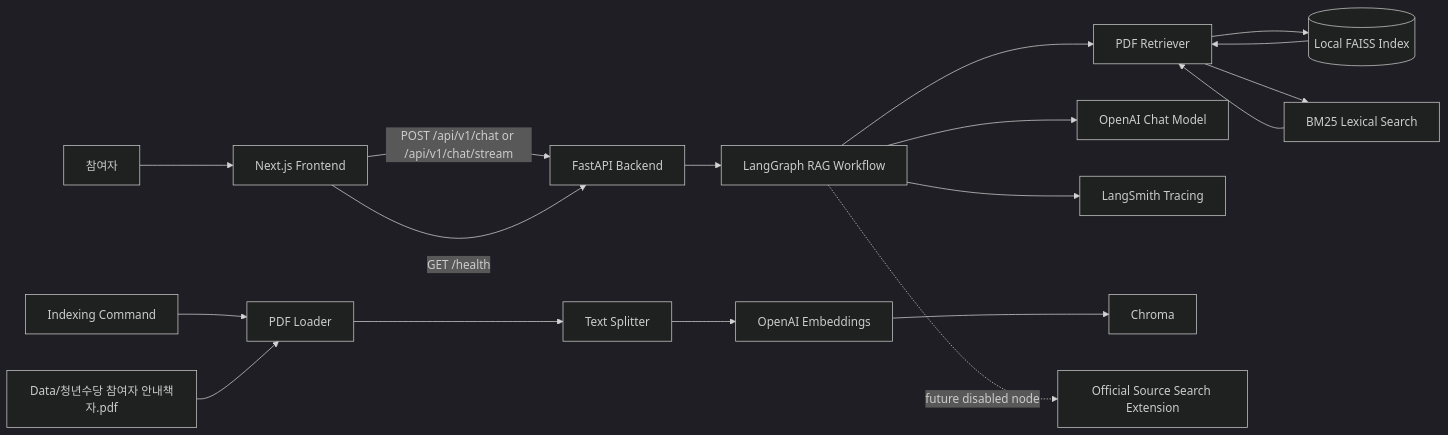
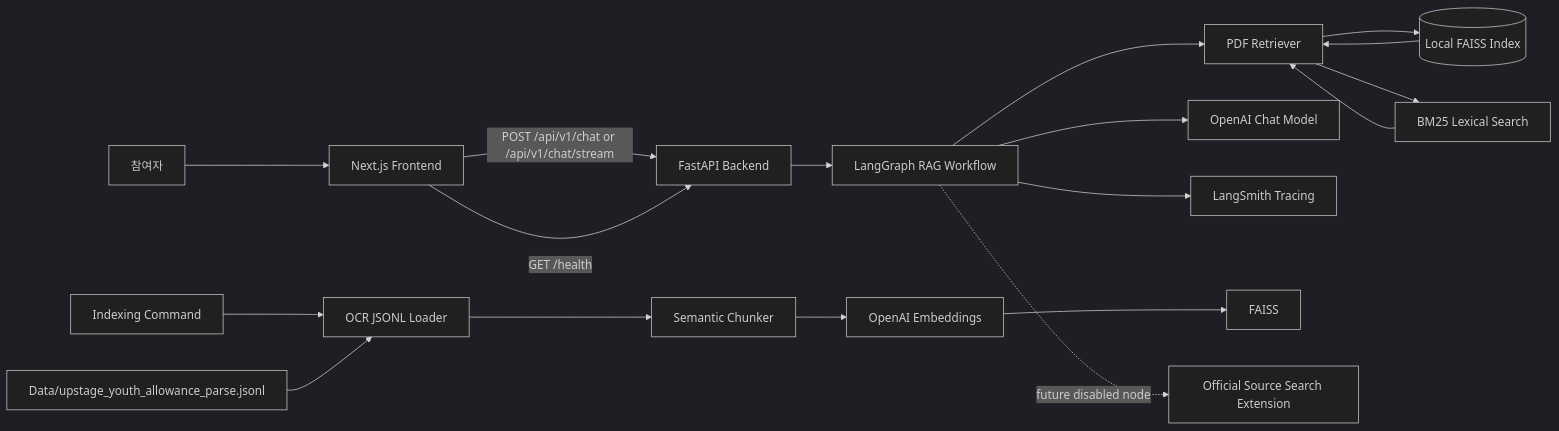
One commit to DataChuLee/Youth-Allowance changed the first of 4 diagrams in docs/architecture.md. Above: the diagram before and after it, drawn with Mermaid (dark theme). The commit also changed other lines of this file, not shown here.

Commit message:
docs(architecture): replace Chroma with FAISS indexing flow

````diff
--- a/docs/architecture.md
+++ b/docs/architecture.md
@@ -19,23 +19,23 @@
 ```mermaid
 flowchart LR
     User[참여자] --> Frontend[Next.js Frontend]
     Frontend -->|POST /api/v1/chat or /api/v1/chat/stream| Backend[FastAPI Backend]
     Frontend -->|GET /health| Backend
 
     Backend --> Graph[LangGraph RAG Workflow]
     Graph --> Retriever[PDF Retriever]
     Retriever --> FAISS[(Local FAISS Index)]
     Retriever --> BM25[BM25 Lexical Search]
     FAISS --> Retriever
     BM25 --> Retriever
     Graph --> LLM[OpenAI Chat Model]
     Graph --> Trace[LangSmith Tracing]
 
-    Indexing[Indexing Command] --> Loader[PDF Loader]
-    Loader --> Splitter[Text Splitter]
+    Indexing[Indexing Command] --> Loader[OCR JSONL Loader]
+    Loader --> Splitter[Semantic Chunker]
     Splitter --> Embeddings[OpenAI Embeddings]
-    Embeddings --> Chroma
-    PDF[Data/청년수당 참여자 안내책자.pdf] --> Loader
+    Embeddings --> FAISSStore[FAISS]
+    OCR[Data/upstage_youth_allowance_parse.jsonl] --> Loader
 
     Graph -. future disabled node .-> OfficialSearch[Official Source Search Extension]
 ```
````
